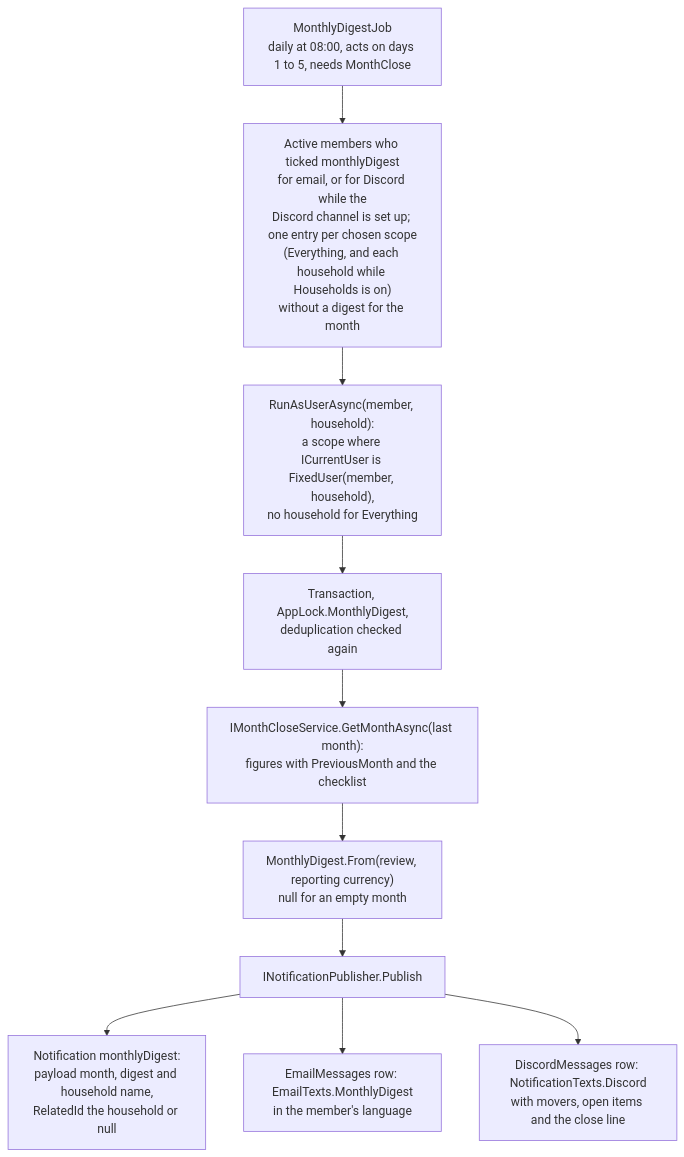
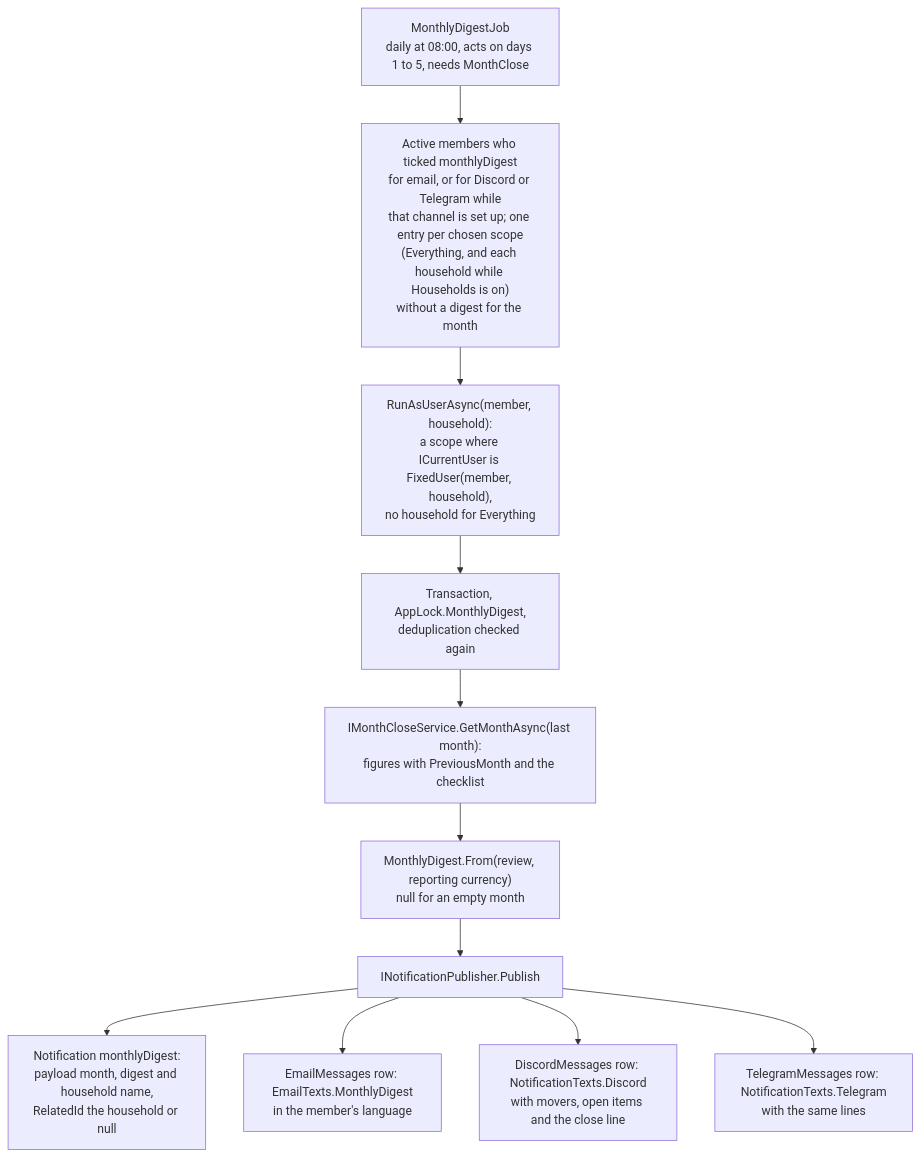
Before and after one commit to Justxs/Jx-Finance: the diagram in docs/features/monthly-digest.md, drawn with Mermaid. The commit also changed other lines of this file and 159 other files, not shown here.

````diff
--- a/docs/features/monthly-digest.md
+++ b/docs/features/monthly-digest.md
@@ -9,12 +9,13 @@
 ```mermaid
 flowchart TD
-    Job["MonthlyDigestJob<br/>daily at 08:00, acts on days 1 to 5, needs MonthClose"] --> Pick["Active members who ticked monthlyDigest<br/>for email, or for Discord while the<br/>Discord channel is set up; one entry per chosen scope<br/>(Everything, and each household while Households is on)<br/>without a digest for the month"]
+    Job["MonthlyDigestJob<br/>daily at 08:00, acts on days 1 to 5, needs MonthClose"] --> Pick["Active members who ticked monthlyDigest<br/>for email, or for Discord or Telegram while<br/>that channel is set up; one entry per chosen scope<br/>(Everything, and each household while Households is on)<br/>without a digest for the month"]
     Pick --> Scope["RunAsUserAsync(member, household):<br/>a scope where ICurrentUser is FixedUser(member, household),<br/>no household for Everything"]
     Scope --> Lock["Transaction, AppLock.MonthlyDigest,<br/>deduplication checked again"]
     Lock --> Review["IMonthCloseService.GetMonthAsync(last month):<br/>figures with PreviousMonth and the checklist"]
     Review --> Build["MonthlyDigest.From(review, reporting currency)<br/>null for an empty month"]
     Build --> Pub["INotificationPublisher.Publish"]
     Pub --> Row["Notification monthlyDigest:<br/>payload month, digest and household name,<br/>RelatedId the household or null"]
     Pub --> Mail["EmailMessages row: EmailTexts.MonthlyDigest<br/>in the member's language"]
     Pub --> Discord["DiscordMessages row: NotificationTexts.Discord<br/>with movers, open items and the close line"]
+    Pub --> Telegram["TelegramMessages row: NotificationTexts.Telegram<br/>with the same lines"]
 ```
````
